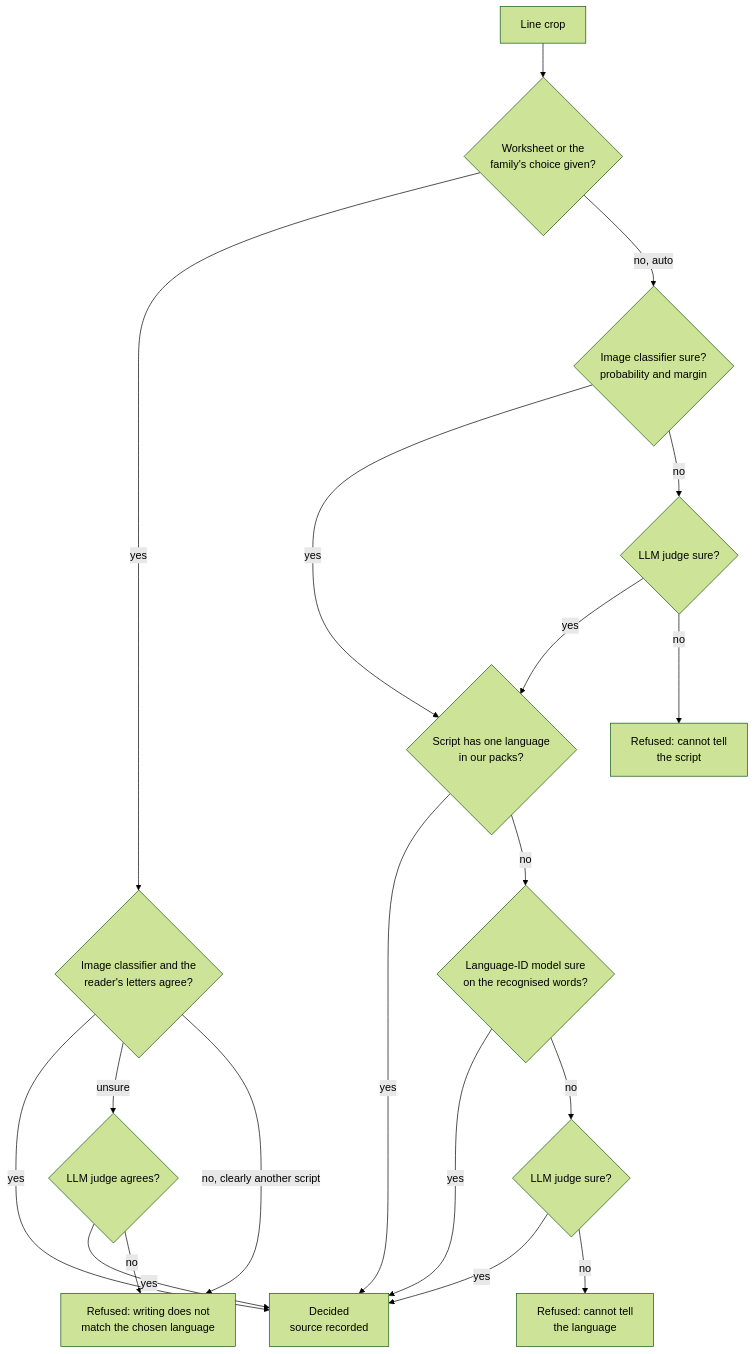
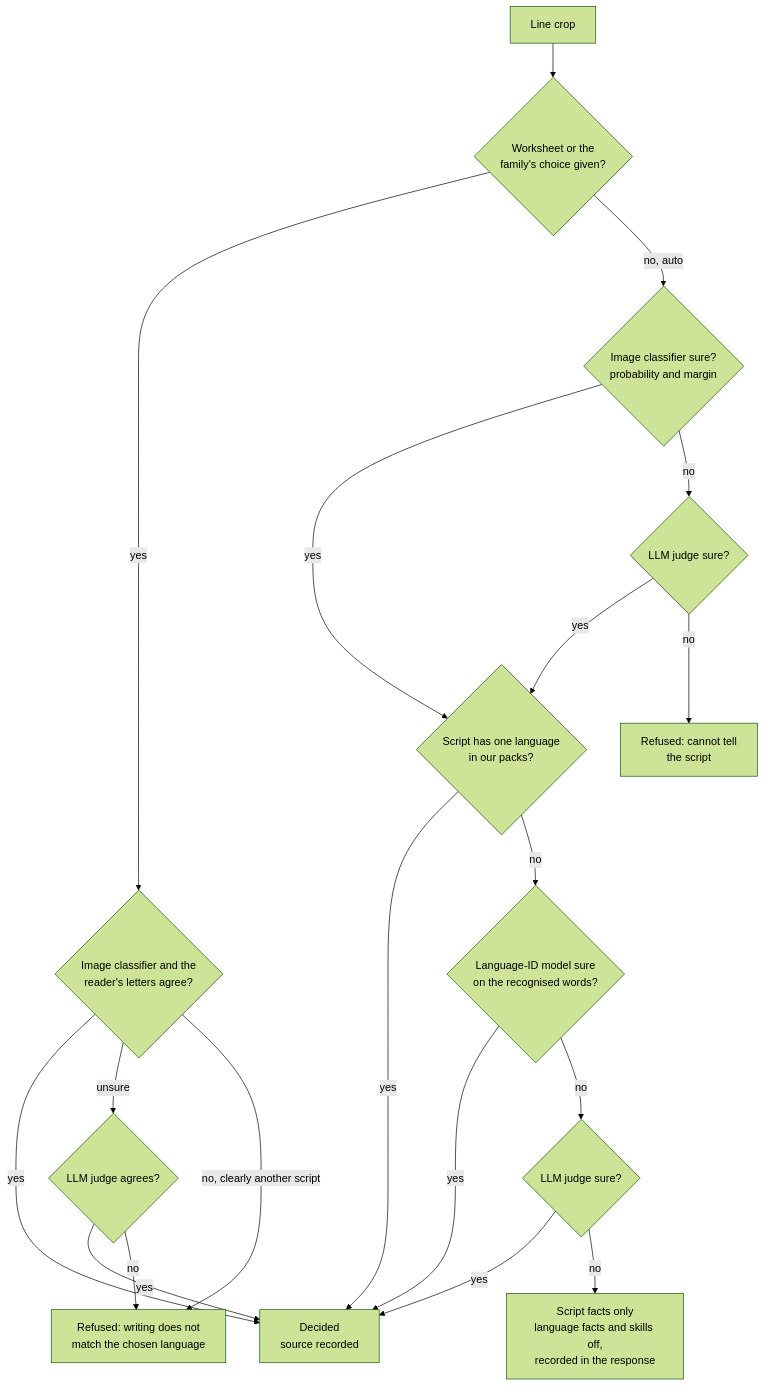
Before and after one commit to vahinitech/20factor-analyser: the second of 5 diagrams in docs/20-languages.md, drawn with Mermaid (forest theme). The commit also changed other lines of this file and 2 other files, not shown here.

First line of the commit message:
docs: custom rules, language skills and the self-review's twelve fixes

````diff
--- a/docs/20-languages.md
+++ b/docs/20-languages.md
@@ -215,21 +244,21 @@
 ```mermaid
 flowchart TD
   Q["Line crop"] --> W{"Worksheet or the<br/>family's choice given?"}
   W -- yes --> CF{"Image classifier and the<br/>reader's letters agree?"}
   CF -- yes --> DONE["Decided<br/>source recorded"]
   CF -- unsure --> J{"LLM judge agrees?"}
   CF -- "no, clearly another script" --> XS["Refused: writing does not<br/>match the chosen language"]
   J -- yes --> DONE
   J -- no --> XS
   W -- "no, auto" --> IC{"Image classifier sure?<br/>probability and margin"}
   IC -- yes --> LANG
   IC -- no --> J2{"LLM judge sure?"}
   J2 -- yes --> LANG
   J2 -- no --> XN["Refused: cannot tell<br/>the script"]
   LANG{"Script has one language<br/>in our packs?"} -- yes --> DONE
   LANG -- no --> LID{"Language-ID model sure<br/>on the recognised words?"}
   LID -- yes --> DONE
   LID -- no --> J3{"LLM judge sure?"}
   J3 -- yes --> DONE
-  J3 -- no --> XL["Refused: cannot tell<br/>the language"]
+  J3 -- no --> SO["Script facts only<br/>language facts and skills off,<br/>recorded in the response"]
 ```
````
